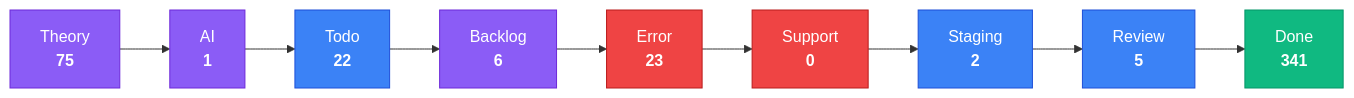
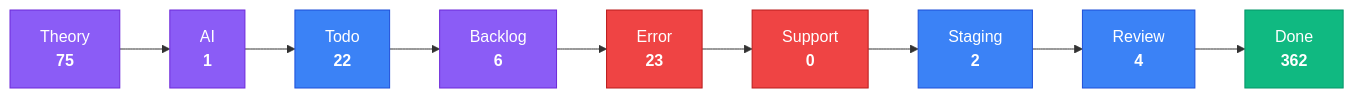
Before and after one commit to KBVE/kbve: the third of 4 diagrams in apps/kbve/astro-kbve/src/content/docs/dashboard/kanban-data.mdx, drawn with Mermaid. The commit also changed other lines of this file and 2 other files, not shown here.

````diff
--- a/apps/kbve/astro-kbve/src/content/docs/dashboard/kanban-data.mdx
+++ b/apps/kbve/astro-kbve/src/content/docs/dashboard/kanban-data.mdx
@@ -215,28 +215,28 @@
 ```mermaid
 flowchart LR
     classDef planning fill:#8b5cf6,stroke:#6d28d9,color:#fff
     classDef active fill:#3b82f6,stroke:#1d4ed8,color:#fff
     classDef blocked fill:#ef4444,stroke:#b91c1c,color:#fff
     classDef done fill:#10b981,stroke:#059669,color:#fff
     Theory["Theory<br/><strong>75</strong>"]
     Theory --> AI
     AI["AI<br/><strong>1</strong>"]
     AI --> Todo
     Todo["Todo<br/><strong>22</strong>"]
     Todo --> Backlog
     Backlog["Backlog<br/><strong>6</strong>"]
     Backlog --> Error
     Error["Error<br/><strong>23</strong>"]
     Error --> Support
     Support["Support<br/><strong>0</strong>"]
     Support --> Staging
     Staging["Staging<br/><strong>2</strong>"]
     Staging --> Review
-    Review["Review<br/><strong>5</strong>"]
+    Review["Review<br/><strong>4</strong>"]
     Review --> Done
-    Done["Done<br/><strong>341</strong>"]
+    Done["Done<br/><strong>362</strong>"]
     class Theory,AI,Backlog planning
     class Todo,Staging,Review active
     class Error,Support blocked
     class Done done
 ```
````
